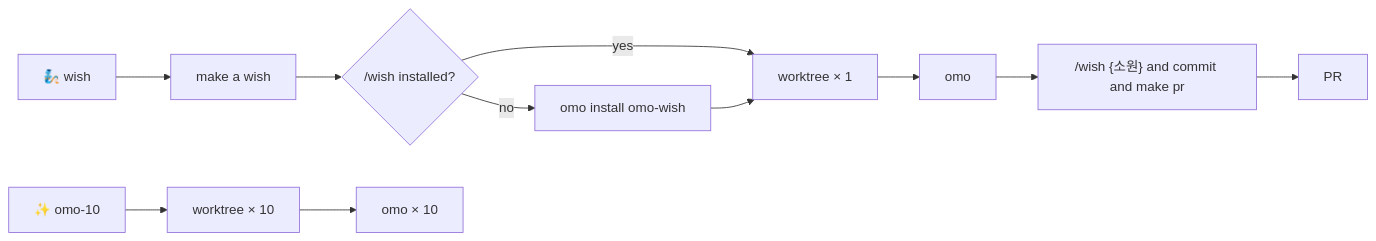
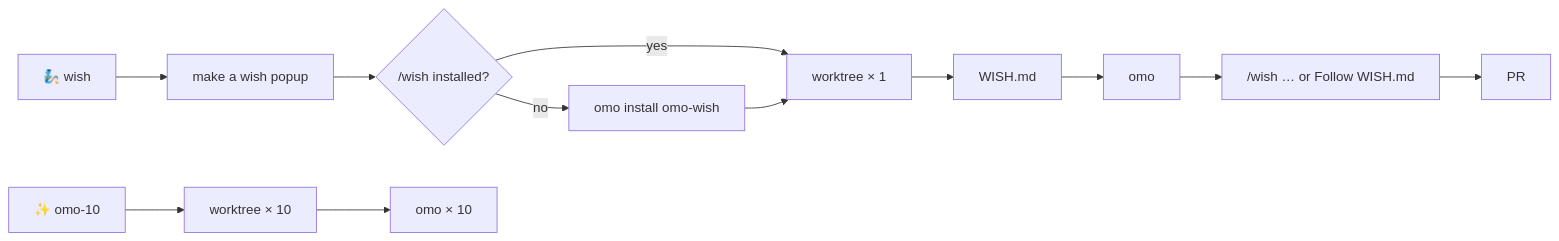
The second of 2 diagrams in README.md (MovieHolic-Plex/herdr-wish), drawn with Mermaid before and after one commit. The commit also changed other lines of this file and 5 other files, not shown here.

Commit message:
Give stock Herdr a make-a-wish popup and keep long wishes in WISH.md.

````diff
--- a/README.md
+++ b/README.md
@@ -359,14 +341,15 @@
 ```mermaid
 flowchart LR
-  W["🧞 wish"] --> M["make a wish"]
+  W["🧞 wish"] --> M["make a wish popup"]
   M --> S{"/wish installed?"}
   S -->|no| I["omo install omo-wish"]
   S -->|yes| T["worktree × 1"]
   I --> T
-  T --> O["omo"]
-  O --> P["/wish {소원} and commit and make pr"]
+  T --> F["WISH.md"]
+  F --> O["omo"]
+  O --> P["/wish … or Follow WISH.md"]
   P --> R["PR"]
 
   X["✨ omo-10"] --> N["worktree × 10"]
   N --> Y["omo × 10"]
 ```
````
